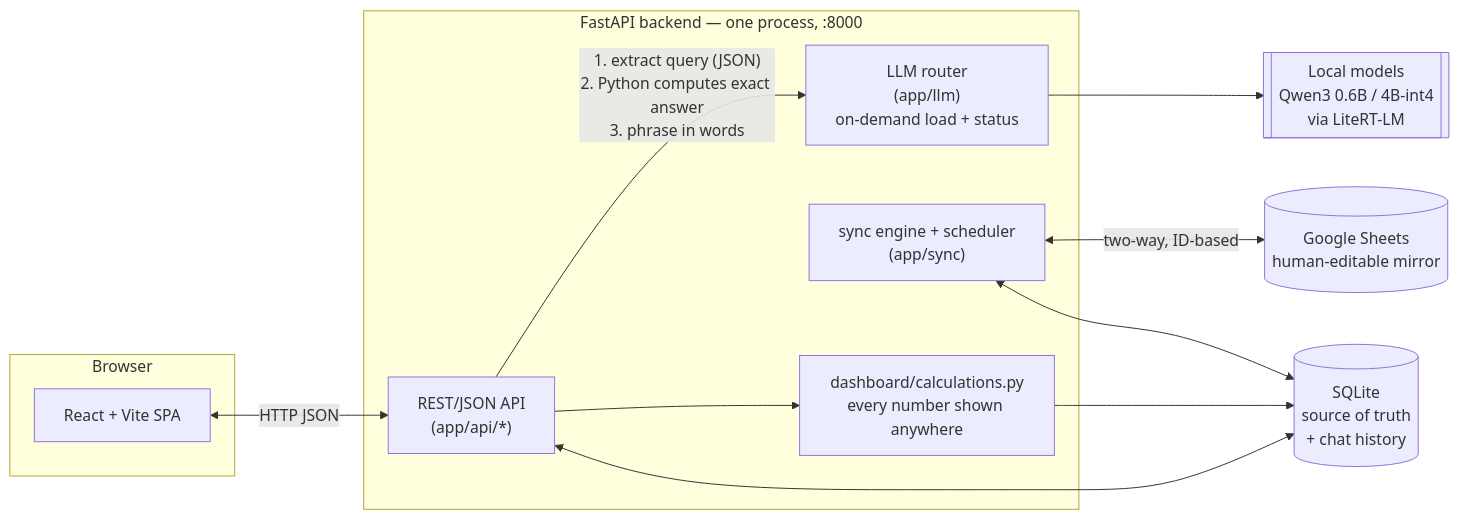
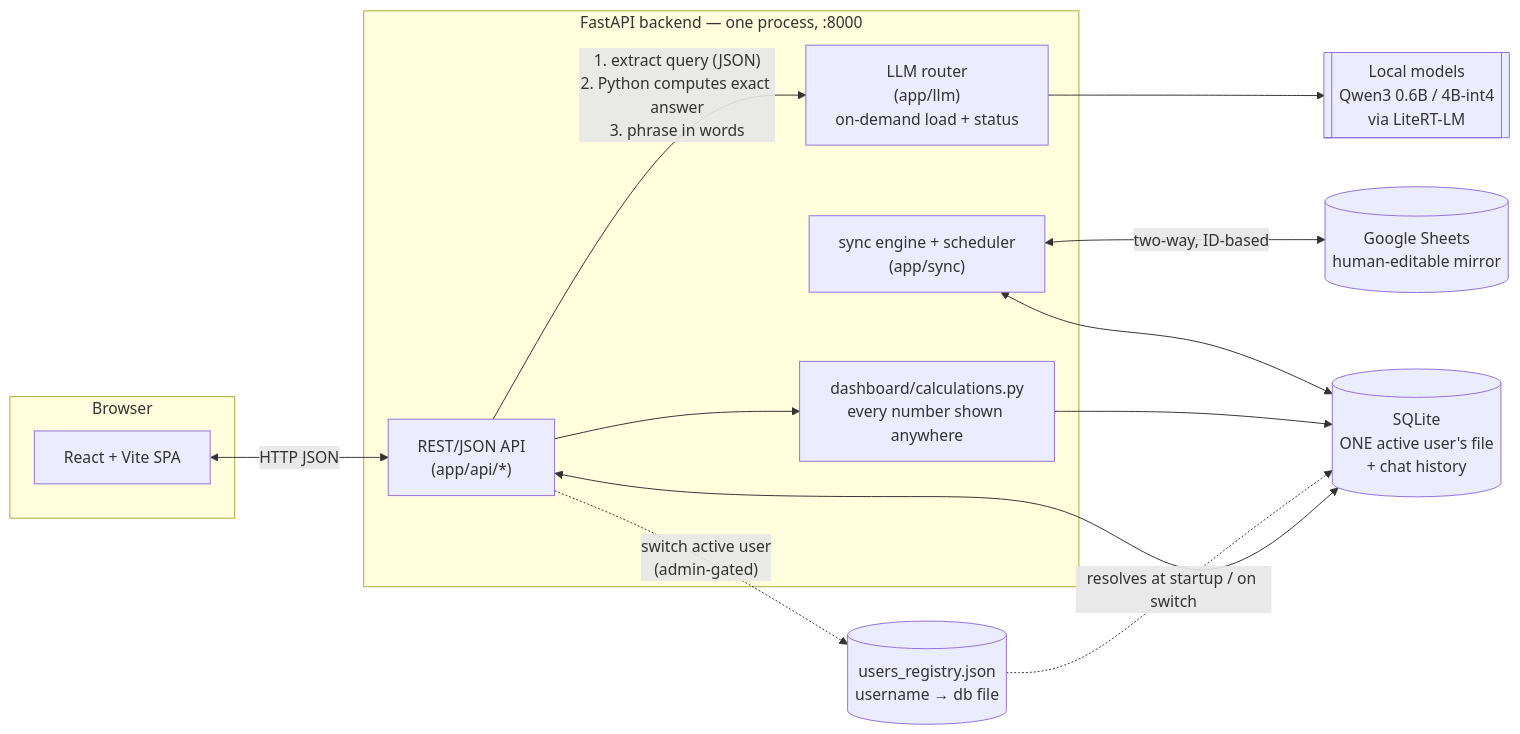
The first of 2 diagrams in README.md (Sagnik-Das-03/BUDGET_APP), drawn with Mermaid before and after one commit. The commit also changed other lines of this file and 12 other files, not shown here.

````diff
--- a/README.md
+++ b/README.md
@@ -23,26 +23,29 @@
 ```mermaid
 flowchart LR
     subgraph Browser
         FE["React + Vite SPA"]
     end
 
     subgraph Backend["FastAPI backend — one process, :8000"]
         API["REST/JSON API<br/>(app/api/*)"]
         CALC["dashboard/calculations.py<br/>every number shown anywhere"]
         LLMR["LLM router<br/>(app/llm)<br/>on-demand load + status"]
         SYNC["sync engine + scheduler<br/>(app/sync)"]
     end
 
-    DB[("SQLite<br/>source of truth<br/>+ chat history")]
+    REG[("users_registry.json<br/>username → db file")]
+    DB[("SQLite<br/>ONE active user's file<br/>+ chat history")]
     SHEETS[("Google Sheets<br/>human-editable mirror")]
     MODELS[["Local models<br/>Qwen3 0.6B / 4B-int4<br/>via LiteRT-LM"]]
 
     FE <-->|HTTP JSON| API
     API --> CALC
     API -->|"1. extract query (JSON)<br/>2. Python computes exact answer<br/>3. phrase in words"| LLMR
     API <--> DB
+    API -.->|"switch active user<br/>(admin-gated)"| REG
+    REG -.->|resolves at startup / on switch| DB
     CALC --> DB
     LLMR --> MODELS
     SYNC <-->|two-way, ID-based| SHEETS
     SYNC <--> DB
 ```
````
